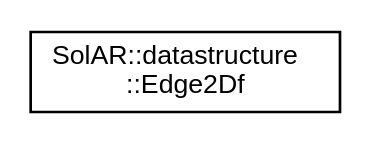
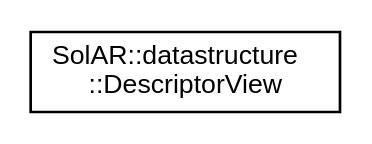
Before and after one commit to SolarFramework/solarframework.github.io: the diagram in api_documentation/inherit_graph_15.dot, drawn with Graphviz. The commit also changed 1012 other files, not shown here.

```diff
--- a/api_documentation/inherit_graph_15.dot
+++ b/api_documentation/inherit_graph_15.dot
@@ -1,7 +1,8 @@
 digraph "Graphical Class Hierarchy"
 {
+ // LATEX_PDF_SIZE
   edge [fontname="Helvetica",fontsize="10",labelfontname="Helvetica",labelfontsize="10"];
   node [fontname="Helvetica",fontsize="10",shape=record];
   rankdir="LR";
-  Node0 [label="SolAR::datastructure\l::Edge2Df",height=0.2,width=0.4,color="black", fillcolor="white", style="filled",URL="$class_sol_a_r_1_1datastructure_1_1_edge2_df.html",tooltip="A 2D edge with coordinates defined with floats. "];
+  Node0 [label="SolAR::datastructure\l::DescriptorView",height=0.2,width=0.4,color="black", fillcolor="white", style="filled",URL="$class_sol_a_r_1_1datastructure_1_1_descriptor_view.html",tooltip=" "];
 }
```
